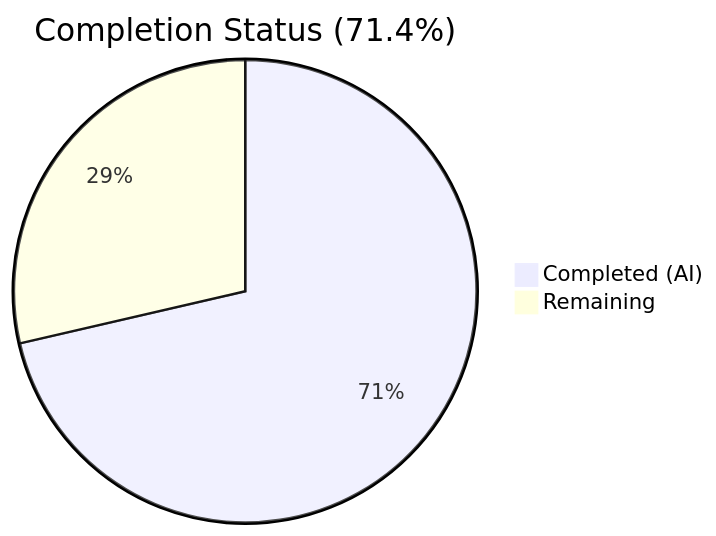
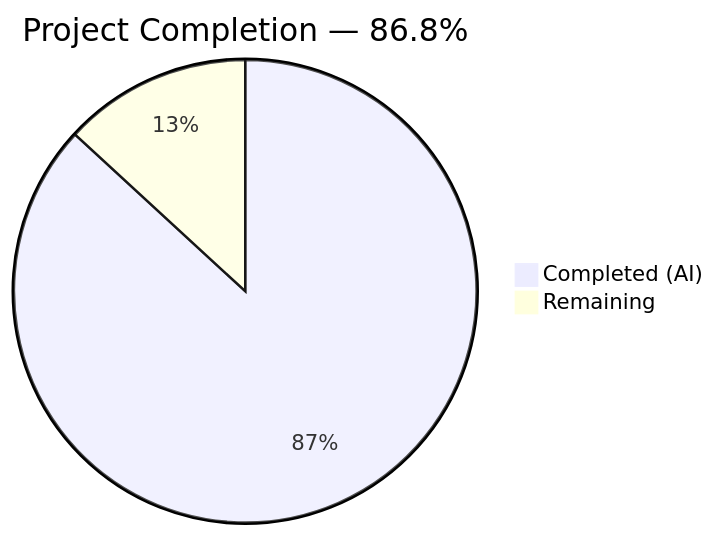
The first of 3 diagrams in blitzy/documentation/Project Guide.md (Blitzy-Sandbox/blitzy-SplendidCRM), drawn with Mermaid before and after one commit. The commit also changed other lines of this file, not shown here.

Commit message:
Adding Blitzy Project Guide: Project Status and Human Tasks Remaining

````diff
--- a/blitzy/documentation/Project Guide.md
+++ b/blitzy/documentation/Project Guide.md
@@ -18,5 +13,5 @@
 ```mermaid
-pie title Completion Status (71.4%)
-    "Completed (AI)" : 217
-    "Remaining" : 87
+pie title Project Completion — 86.8%
+    "Completed (AI)" : 350
+    "Remaining" : 53
 ```
````
